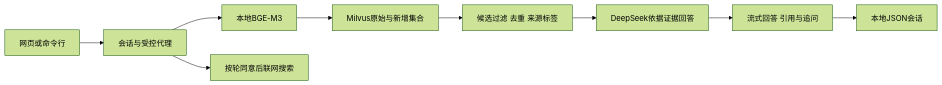
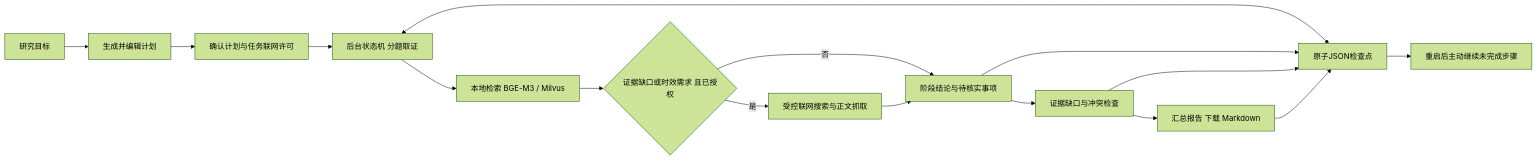
One commit to Bot404NF/ai-research-agent-deepseek changed the diagram in docs/resume-project.md. Above: the diagram before and after it, drawn with Mermaid (forest theme). The commit also changed other lines of this file and 30 other files, not shown here.

````diff
--- a/docs/resume-project.md
+++ b/docs/resume-project.md
@@ -32,11 +46,18 @@
 ```mermaid
 flowchart LR
-  A[网页或命令行] --> B[会话与受控代理]
-  B --> C[本地BGE-M3]
-  C --> D[Milvus原始与新增集合]
-  D --> E[候选过滤 去重 来源标签]
-  E --> F[DeepSeek依据证据回答]
-  F --> G[流式回答 引用与追问]
-  G --> H[本地JSON会话]
-  B --> I[按轮同意后联网搜索]
+  A[研究目标] --> B[生成并编辑计划]
+  B --> C[确认计划与任务联网许可]
+  C --> D[后台状态机 分题取证]
+  D --> E[本地检索 BGE-M3 / Milvus]
+  E --> F{证据缺口或时效需求 且已授权}
+  F -->|是| G[受控联网搜索与正文抓取]
+  F -->|否| H[阶段结论与待核实事项]
+  G --> H
+  H --> I[证据缺口与冲突检查]
+  I --> J[汇总报告 下载 Markdown]
+  D <--> K[原子JSON检查点]
+  H --> K
+  I --> K
+  J --> K
+  K --> L[重启后主动继续未完成步骤]
 ```
````
